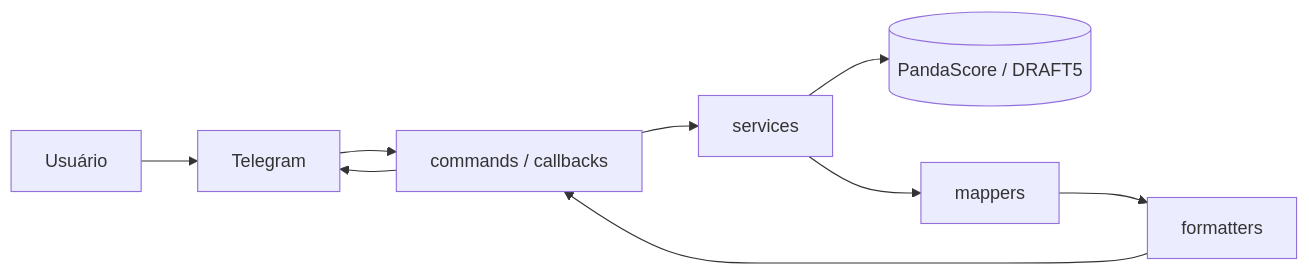
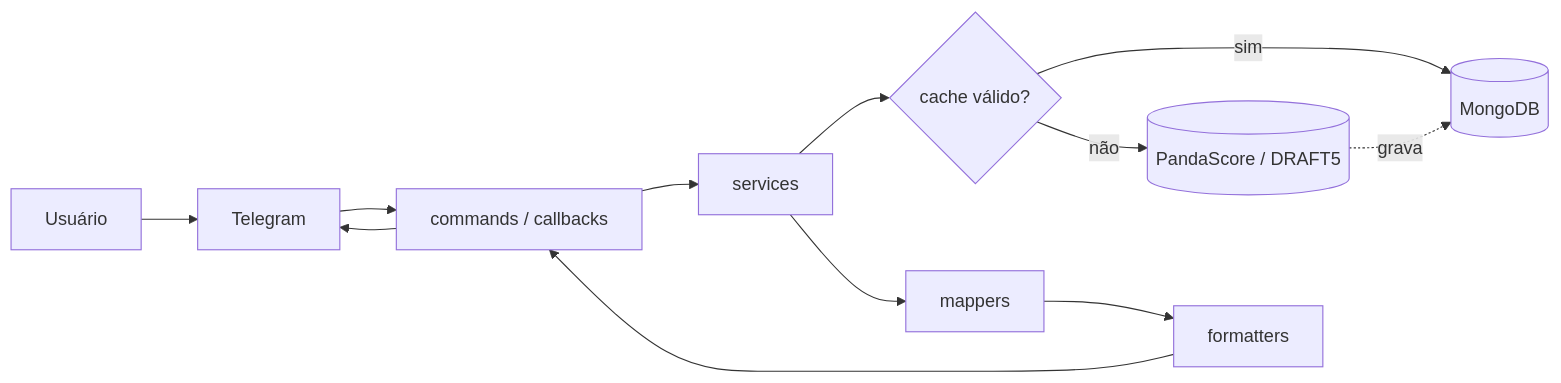
One commit to ygor-ccarvalho/telegram-bot-furia changed the diagram in README.md. Above: the diagram before and after it, drawn with Mermaid. The commit also changed other lines of this file, not shown here.

Commit message:
docs: documenta cache com MongoDB no README

````diff
--- a/README.md
+++ b/README.md
@@ -34,11 +35,14 @@
 ```mermaid
 flowchart LR
     U[Usuário] --> T[Telegram]
     T --> C[commands / callbacks]
     C --> S[services]
-    S --> A[(PandaScore / DRAFT5)]
+    S --> K{cache válido?}
+    K -- sim --> DB[(MongoDB)]
+    K -- não --> A[(PandaScore / DRAFT5)]
+    A -. grava .-> DB
     S --> M[mappers]
     M --> F[formatters]
     F --> C
     C --> T
 ```
````
